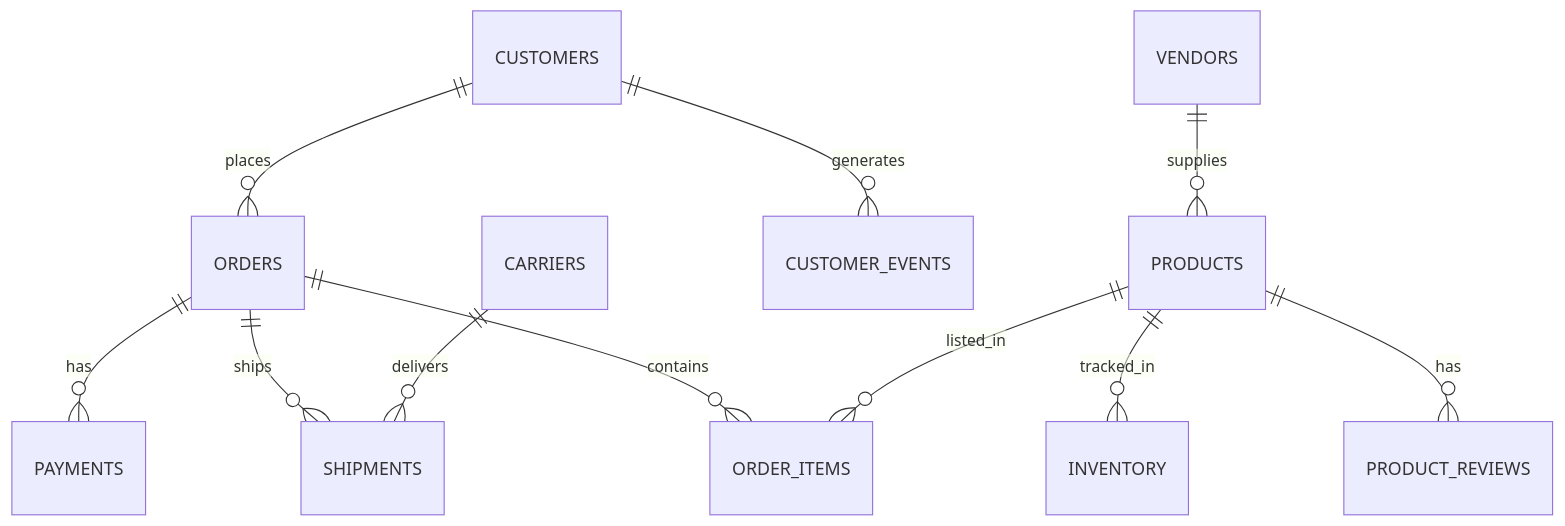
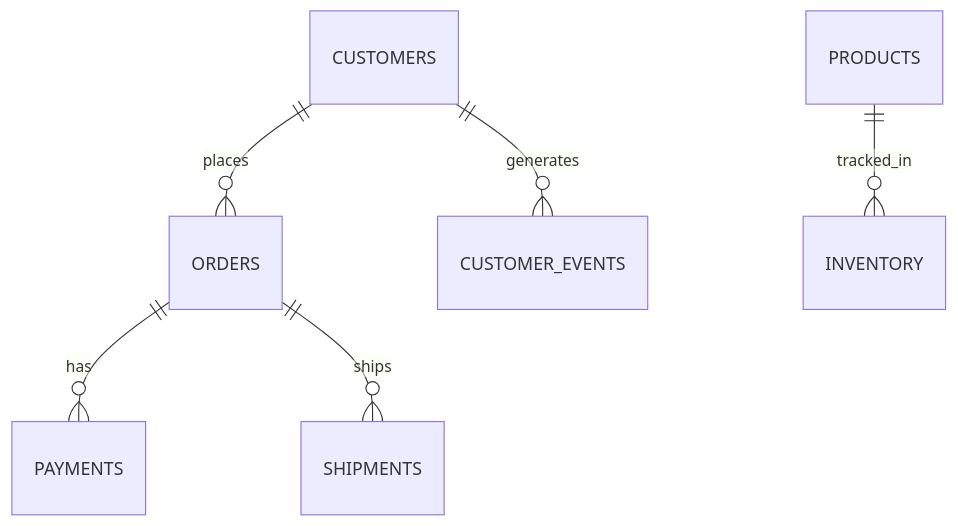
The second of 2 diagrams in README.md (prajeesh-chavan/KafkaFlux), drawn with Mermaid before and after one commit. The commit also changed other lines of this file, not shown here.

````diff
--- a/README.md
+++ b/README.md
@@ -366,13 +366,8 @@
 ```mermaid
 erDiagram
     CUSTOMERS ||--o{ ORDERS : places
     ORDERS ||--o{ PAYMENTS : has
     ORDERS ||--o{ SHIPMENTS : ships
-    ORDERS ||--o{ ORDER_ITEMS : contains
-    PRODUCTS ||--o{ ORDER_ITEMS : listed_in
     PRODUCTS ||--o{ INVENTORY : tracked_in
     CUSTOMERS ||--o{ CUSTOMER_EVENTS : generates
-    PRODUCTS ||--o{ PRODUCT_REVIEWS : has
-    VENDORS ||--o{ PRODUCTS : supplies
-    CARRIERS ||--o{ SHIPMENTS : delivers
 ```
````
